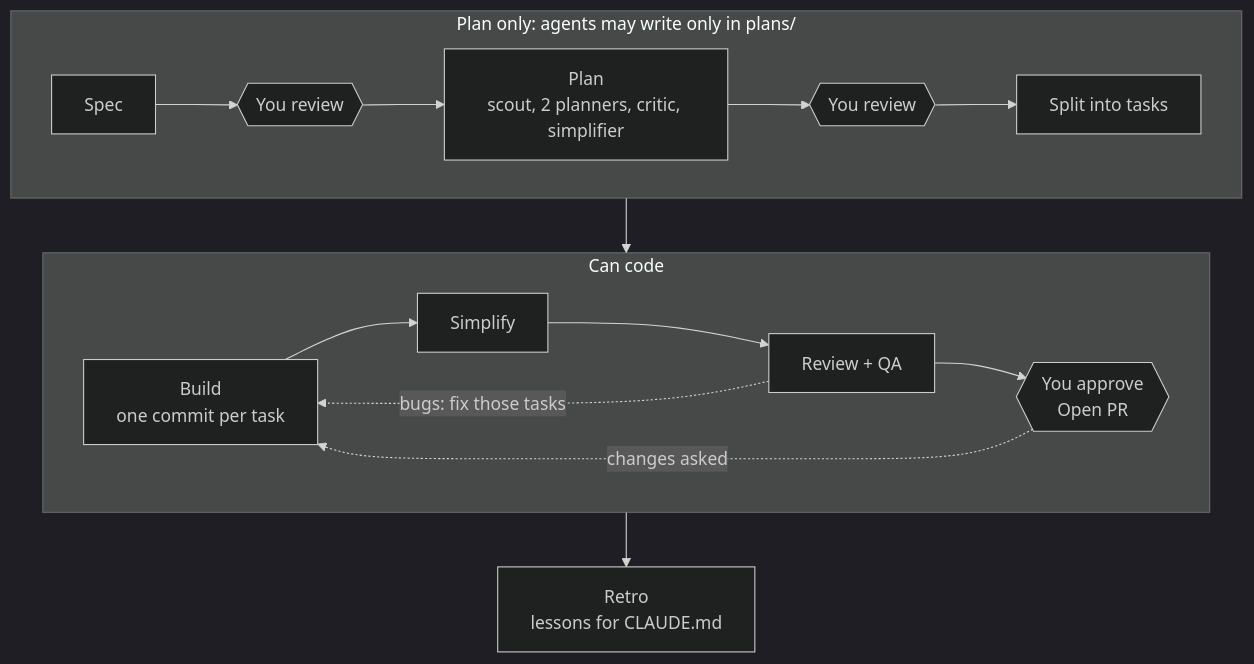
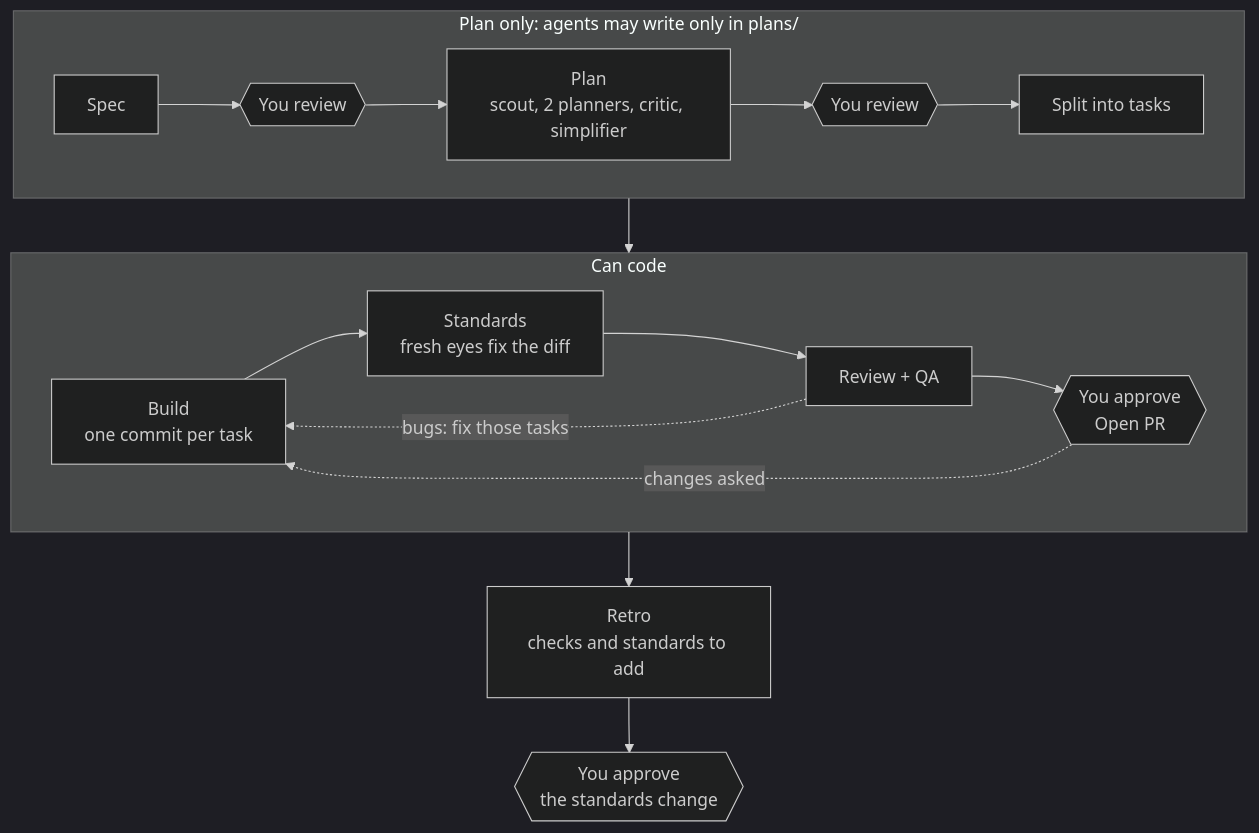
One commit to 0x0603/claude-team-ui changed the second of 2 diagrams in README.md. Above: the diagram before and after it, drawn with Mermaid (dark theme). The commit also changed other lines of this file and 21 other files, not shown here.

First line of the commit message:
Add three brakes before the merge: Standards, merge danger, retro

````diff
--- a/README.md
+++ b/README.md
@@ -118,15 +132,15 @@
 ```mermaid
 flowchart TB
   subgraph plan ["Plan only: agents may write only in plans/"]
     direction LR
     S[Spec] --> R1{{You review}} --> P["Plan<br>scout, 2 planners, critic, simplifier"] --> R2{{You review}} --> T[Split into tasks]
   end
   subgraph code ["Can code"]
     direction LR
-    B["Build<br>one commit per task"] --> M[Simplify] --> Q[Review + QA] --> R3{{"You approve<br>Open PR"}}
+    B["Build<br>one commit per task"] --> M["Standards<br>fresh eyes fix the diff"] --> Q[Review + QA] --> R3{{"You approve<br>Open PR"}}
   end
   T --> B
   Q -. "bugs: fix those tasks" .-> B
   R3 -. "changes asked" .-> B
-  R3 --> X["Retro<br>lessons for CLAUDE.md"]
+  R3 --> X["Retro<br>checks and standards to add"] --> R4{{"You approve<br>the standards change"}}
 ```
````
